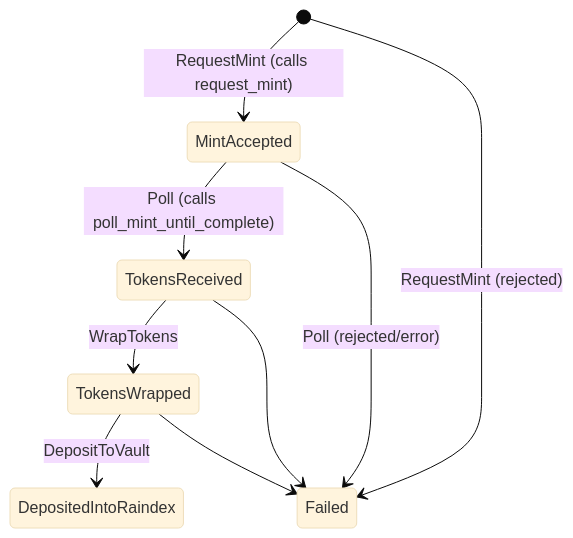
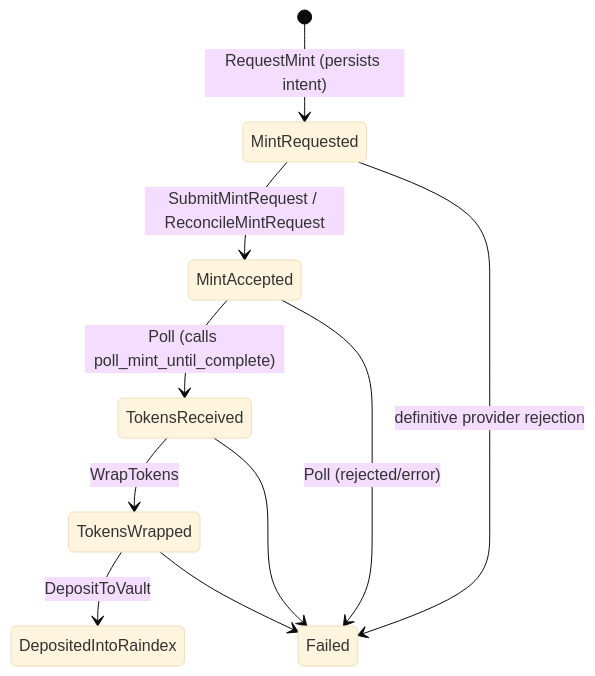
The fifth of 12 diagrams in SPEC.md (ST0x-Technology/st0x.liquidity), drawn with Mermaid (base theme) before and after one commit. The commit also changed other lines of this file and 26 other files, not shown here.

````diff
--- a/SPEC.md
+++ b/SPEC.md
@@ -2363,11 +2379,12 @@
 ```mermaid
 stateDiagram-v2
-    [*] --> MintAccepted: RequestMint (calls request_mint)
-    [*] --> Failed: RequestMint (rejected)
+    [*] --> MintRequested: RequestMint (persists intent)
+    MintRequested --> MintAccepted: SubmitMintRequest / ReconcileMintRequest
+    MintRequested --> Failed: definitive provider rejection
     MintAccepted --> TokensReceived: Poll (calls poll_mint_until_complete)
     MintAccepted --> Failed: Poll (rejected/error)
     TokensReceived --> TokensWrapped: WrapTokens
     TokensReceived --> Failed
     TokensWrapped --> DepositedIntoRaindex: DepositToVault
     TokensWrapped --> Failed
 ```
````
